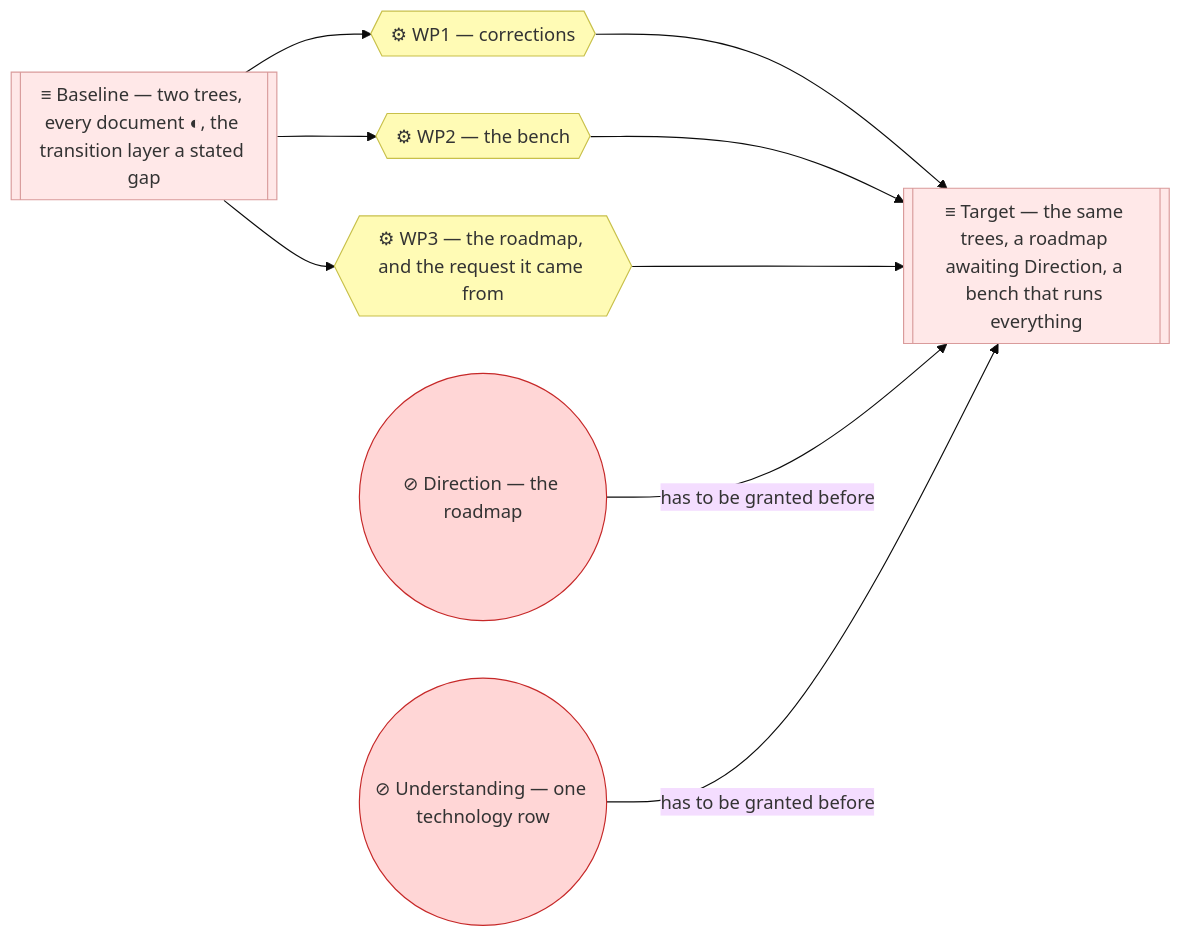
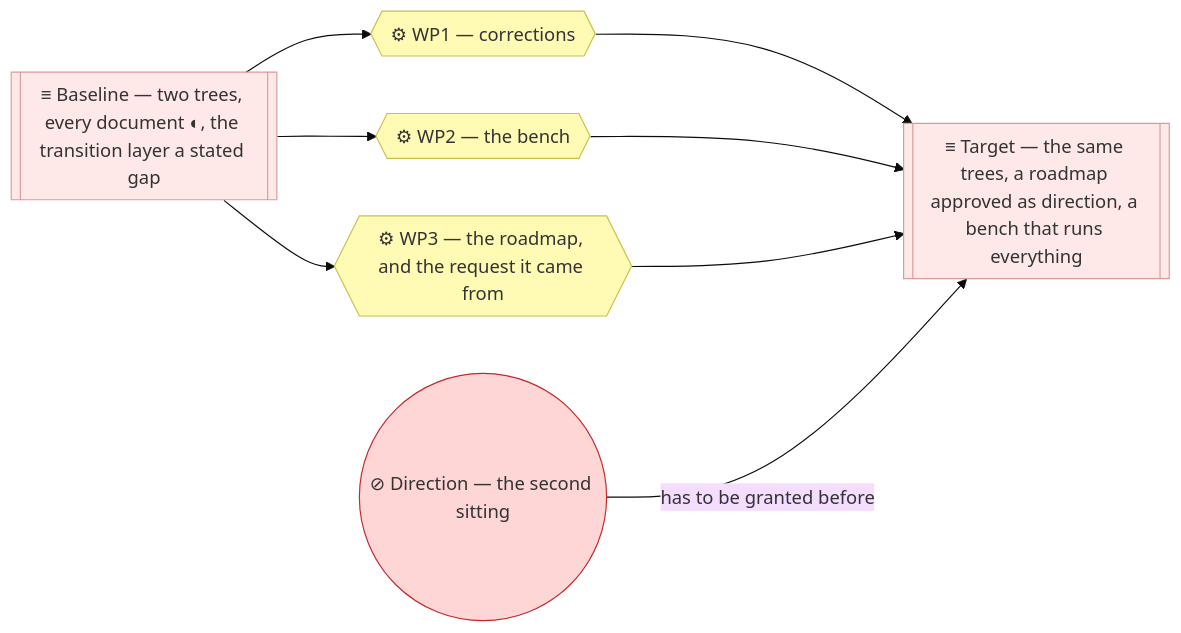
The diagram in product-archreator/architecture/scope/2_say-where-the-product-is-going.md (roanboc/architecture-archreator), drawn with Mermaid (base theme) before and after one commit. The commit also changed other lines of this file and 6 other files, not shown here.

First line of the commit message:
docs: Direction is granted on the roadmap, and the Requester's answers redraw two plateaus

````diff
--- a/product-archreator/architecture/scope/2_say-where-the-product-is-going.md
+++ b/product-archreator/architecture/scope/2_say-where-the-product-is-going.md
@@ -90,23 +93,21 @@
 ```mermaid
 flowchart LR
   base[["≡ Baseline — two trees, every document ◐, the transition layer a stated gap"]]:::plateau
 
   wp1{{"⚙ WP1 — corrections"}}:::wp
   wp2{{"⚙ WP2 — the bench"}}:::wp
   wp3{{"⚙ WP3 — the roadmap, and the request it came from"}}:::wp
 
-  target[["≡ Target — the same trees, a roadmap awaiting Direction, a bench that runs everything"]]:::plateau
+  target[["≡ Target — the same trees, a roadmap approved as direction, a bench that runs everything"]]:::plateau
 
-  g1(("⊘ Direction — the roadmap")):::gap
-  g2(("⊘ Understanding — one technology row")):::gap
+  g1(("⊘ Direction — the second sitting")):::gap
 
   base --> wp1 --> target
   base --> wp2 --> target
   base --> wp3 --> target
   g1 -->|has to be granted before| target
-  g2 -->|has to be granted before| target
 
   classDef plateau fill:#ffe8e8,stroke:#d99b9b,color:#333
   classDef wp fill:#fffbb5,stroke:#c8c04a,color:#333
   classDef gap fill:#ffd6d6,stroke:#c62828,color:#333
 ```
````
